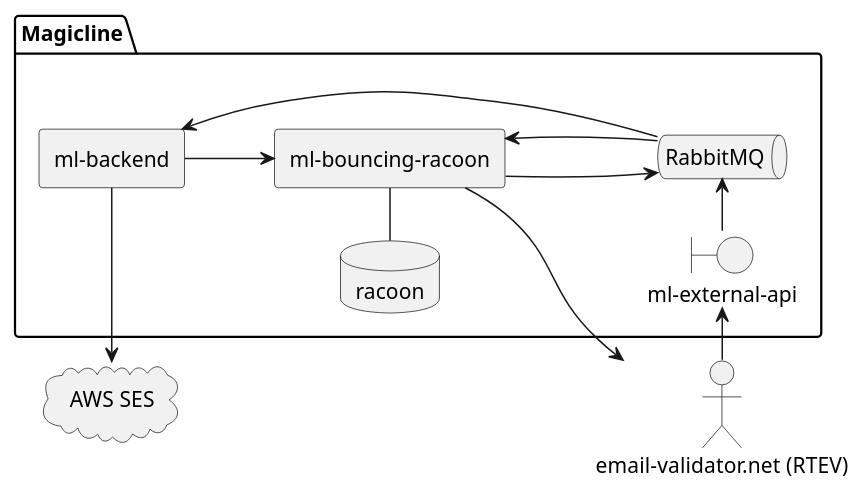
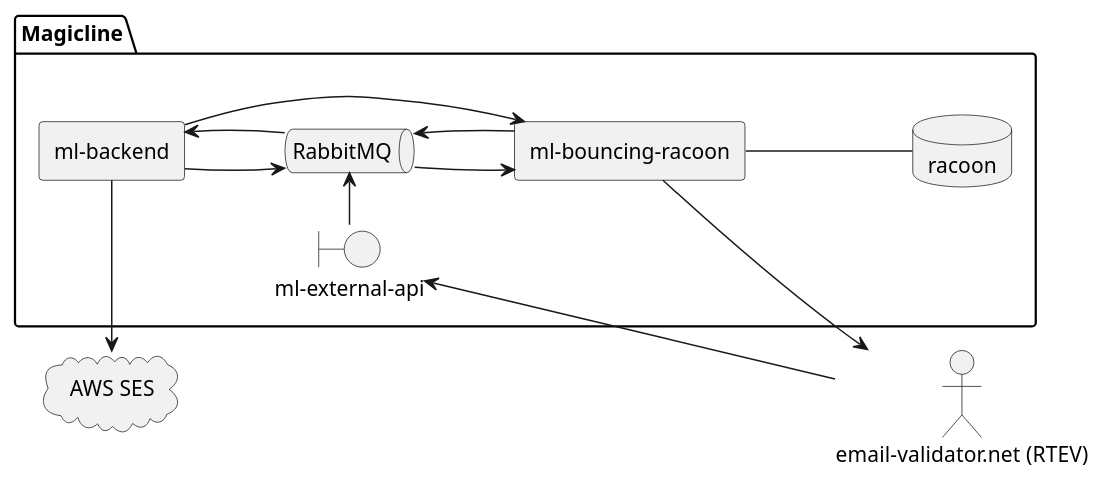
Before and after one commit to tomasz-skowronski/ml-bouncing-racoon: the diagram in doc/context.plantuml, drawn with PlantUML. The commit also changed 13 other files, not shown here.

```diff
--- a/doc/context.plantuml
+++ b/doc/context.plantuml
@@ -1,24 +1,25 @@
 @startuml
 left to right direction
 
 package "Magicline" {
     agent "ml-backend" as MLB
     boundary "ml-external-api" as API
     agent "ml-bouncing-racoon" as BR
     queue RabbitMQ as MQ
     database racoon as DB
 }
 
 cloud "AWS SES" as SES
 actor "email-validator.net (RTEV)" as RTEV
 
 MLB -left-> SES
+MLB --> MQ
 MLB --> BR
 BR --> RTEV
-BR -left- DB
+BR -- DB
 RTEV --> API
 API -right-> MQ
 MQ --> BR
 BR --> MQ
 MQ --> MLB
 @enduml
```
